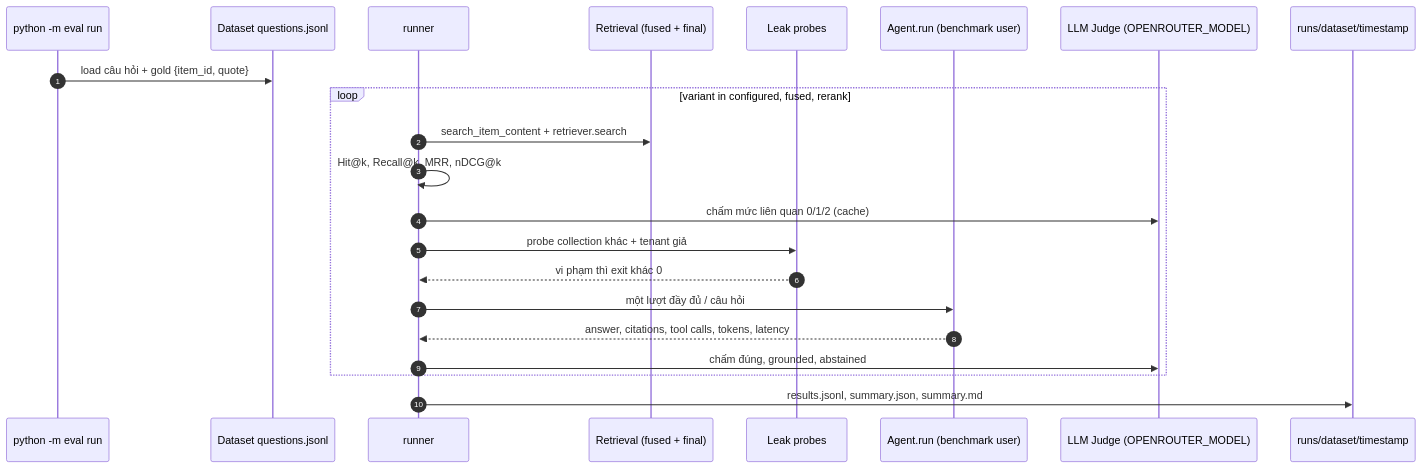
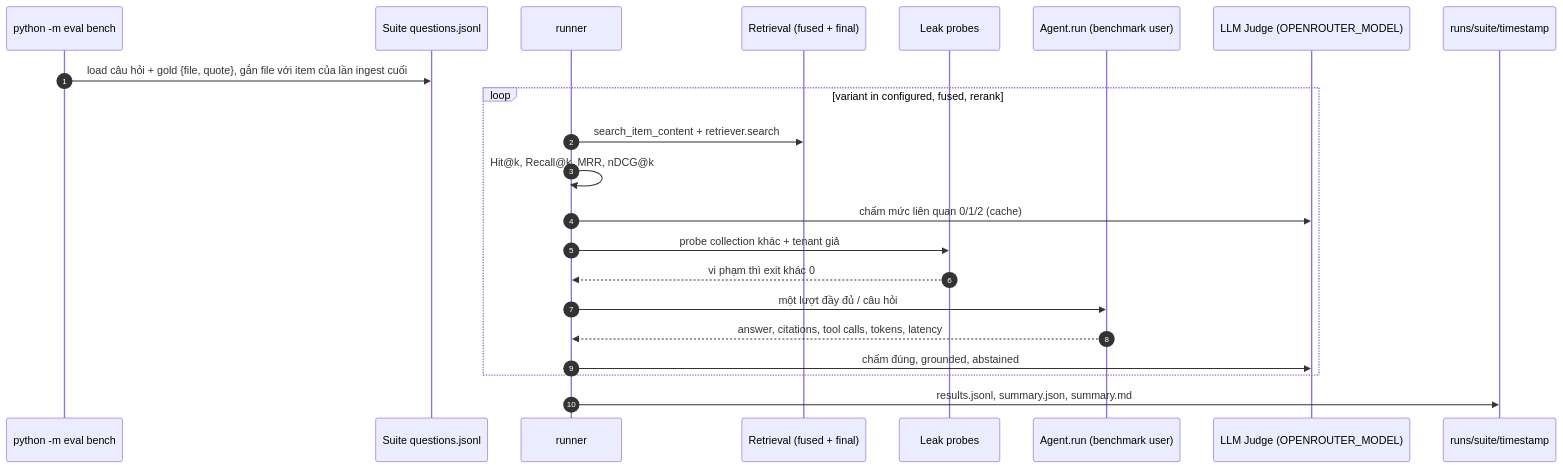
One commit to NguyenDuy1910/BoMesh changed diagram 20 of 25 in BAO_CAO_BOMESH.md. Above: the diagram before and after it, drawn with Mermaid. The commit also changed other lines of this file and 391 other files, not shown here.

````diff
--- a/BAO_CAO_BOMESH.md
+++ b/BAO_CAO_BOMESH.md
@@ -1270,25 +1273,25 @@
 ```mermaid
 sequenceDiagram
     autonumber
-    participant CLI as python -m eval run
-    participant DS as Dataset questions.jsonl
+    participant CLI as python -m eval bench
+    participant DS as Suite questions.jsonl
     participant RN as runner
     participant RET as Retrieval (fused + final)
     participant LK as Leak probes
     participant AG as Agent.run (benchmark user)
     participant J as LLM Judge (OPENROUTER_MODEL)
-    participant OUT as runs/dataset/timestamp
+    participant OUT as runs/suite/timestamp
 
-    CLI->>DS: load câu hỏi + gold {item_id, quote}
+    CLI->>DS: load câu hỏi + gold {file, quote}, gắn file với item của lần ingest cuối
     loop variant in configured, fused, rerank
         RN->>RET: search_item_content + retriever.search
         RN->>RN: Hit@k, Recall@k, MRR, nDCG@k
         RN->>J: chấm mức liên quan 0/1/2 (cache)
         RN->>LK: probe collection khác + tenant giả
         LK-->>RN: vi phạm thì exit khác 0
         RN->>AG: một lượt đầy đủ / câu hỏi
         AG-->>RN: answer, citations, tool calls, tokens, latency
         RN->>J: chấm đúng, grounded, abstained
     end
     RN->>OUT: results.jsonl, summary.json, summary.md
 ```
````
